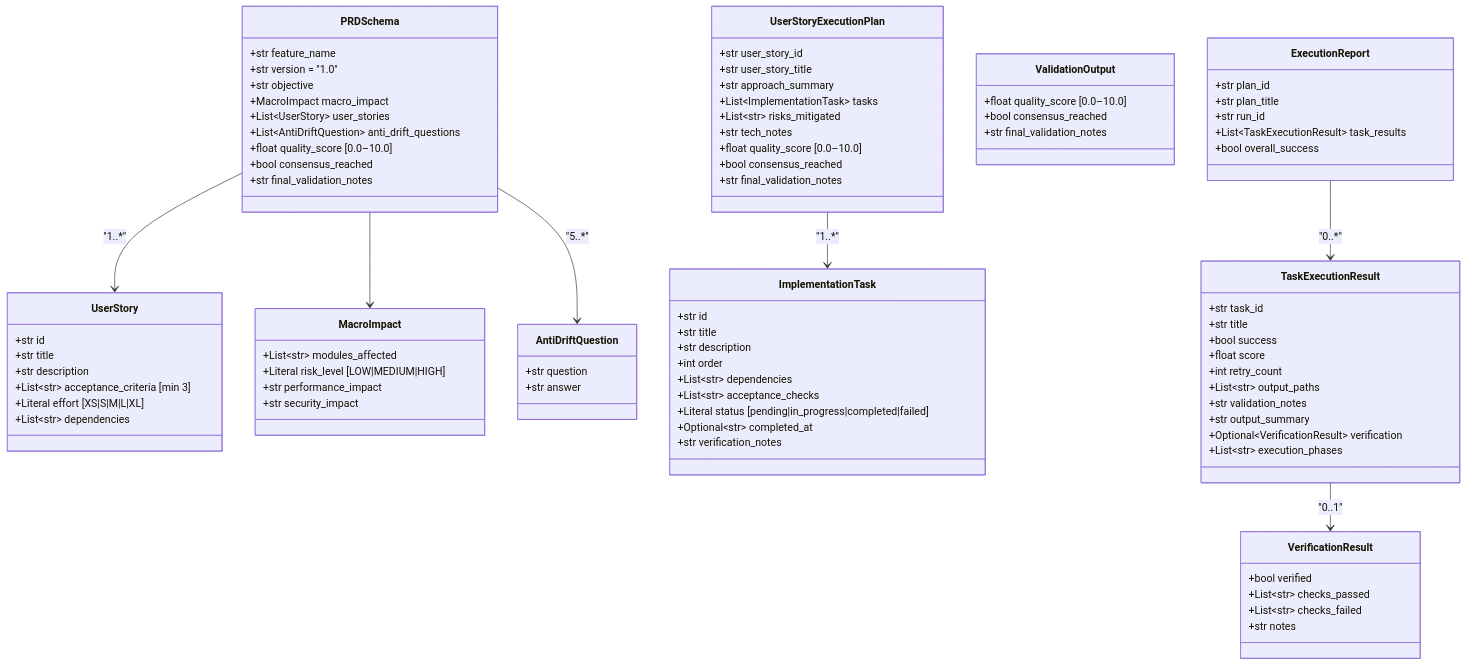
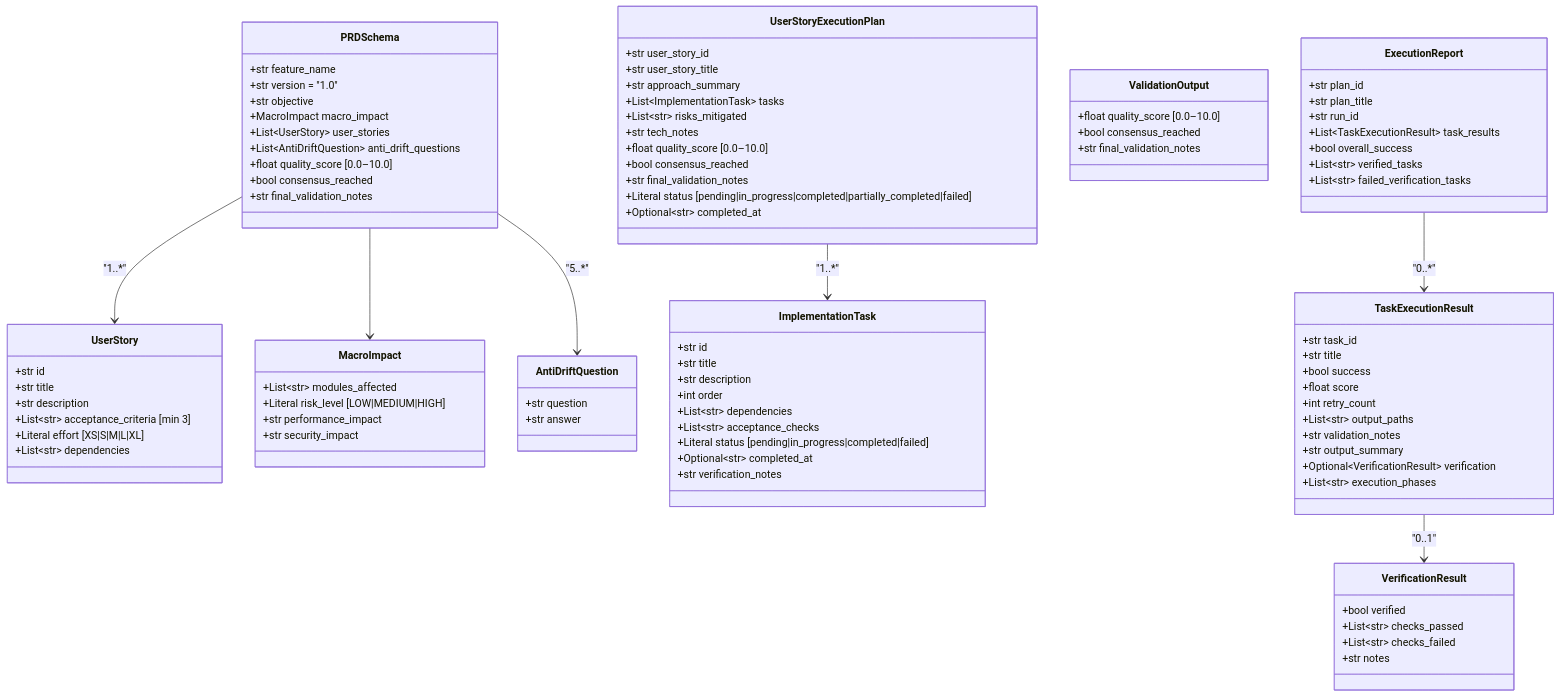
The first of 4 diagrams in docs/schemas.md (darthlinuxer/dialectic-crew-ai), drawn with Mermaid before and after one commit. The commit also changed other lines of this file and 9 other files, not shown here.

```diff
--- a/docs/schemas.md
+++ b/docs/schemas.md
@@ -51,6 +51,8 @@
         +float quality_score [0.0–10.0]
         +bool consensus_reached
         +str final_validation_notes
+        +Literal status [pending|in_progress|completed|partially_completed|failed]
+        +Optional~str~ completed_at
     }
 
     class ImplementationTask {
@@ -97,6 +99,8 @@
         +str run_id
         +List~TaskExecutionResult~ task_results
         +bool overall_success
+        +List~str~ verified_tasks
+        +List~str~ failed_verification_tasks
     }
 
     PRDSchema --> MacroImpact
```
